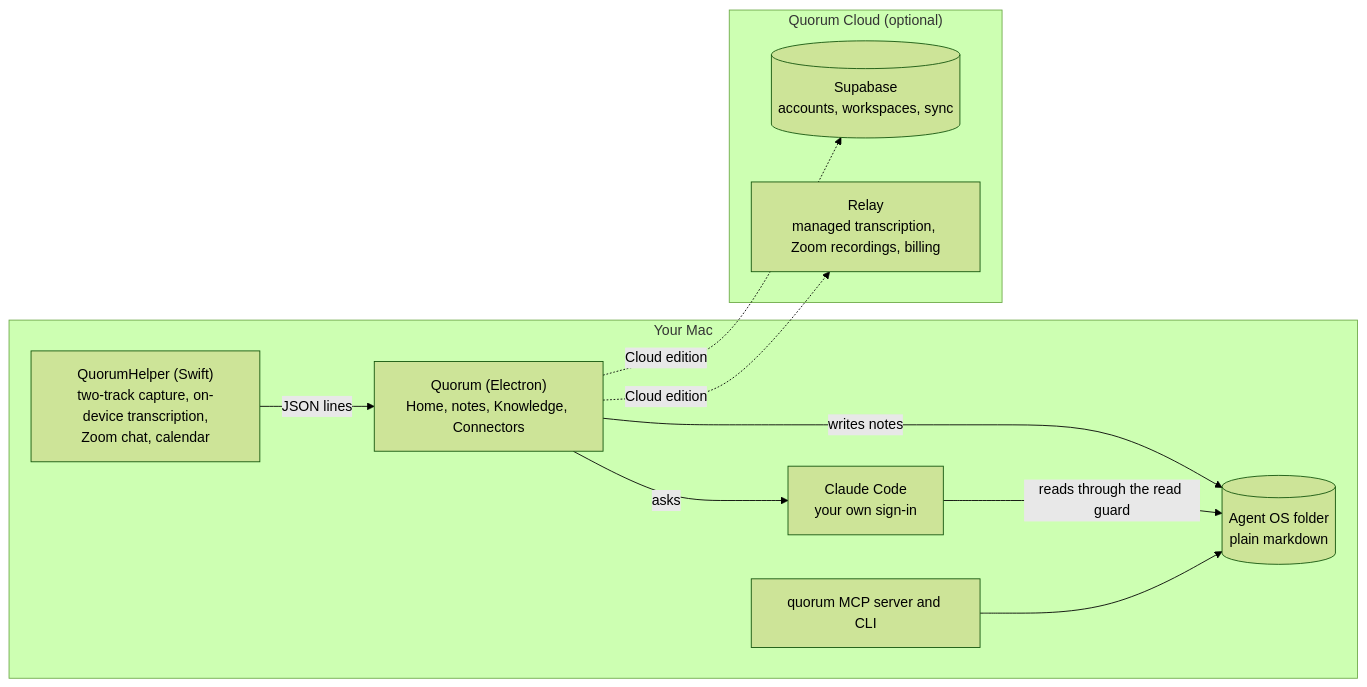
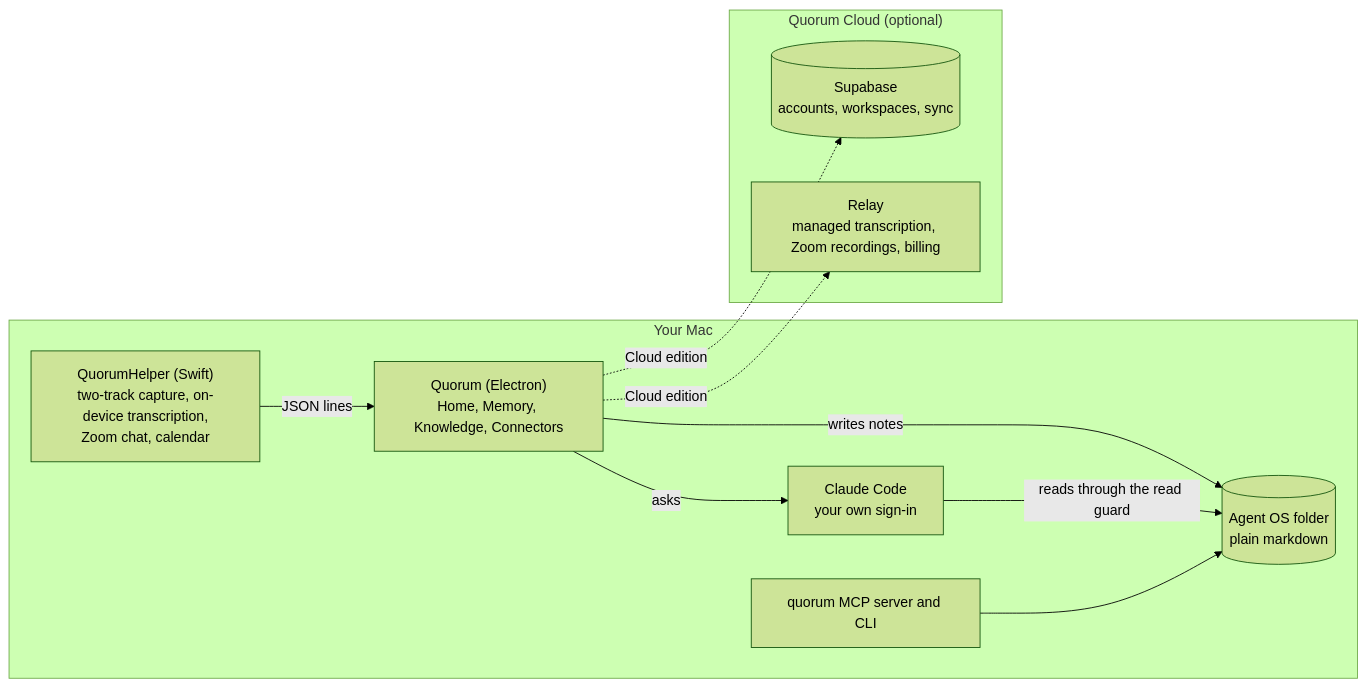
Before and after one commit to smejkaldesign/quorum: the diagram in README.md, drawn with Mermaid (forest theme). The commit also changed other lines of this file and 17 other files, not shown here.

First line of the commit message:
app: Knowledge is a Cloud-only third top tab for the workspace's shared notes; the graph view is named Memory

````diff
--- a/README.md
+++ b/README.md
@@ -163,21 +163,21 @@
 ```mermaid
 flowchart LR
   subgraph mac["Your Mac"]
     helper["QuorumHelper (Swift)<br/>two-track capture, on-device transcription,<br/>Zoom chat, calendar"]
-    app["Quorum (Electron)<br/>Home, notes, Knowledge, Connectors"]
+    app["Quorum (Electron)<br/>Home, Memory, Knowledge, Connectors"]
     folder[("Agent OS folder<br/>plain markdown")]
     cc["Claude Code<br/>your own sign-in"]
     mcp["quorum MCP server and CLI"]
     helper -- "JSON lines" --> app
     app -- "writes notes" --> folder
     app -- "asks" --> cc
     cc -- "reads through the read guard" --> folder
     mcp --> folder
   end
   subgraph cloud["Quorum Cloud (optional)"]
     db[("Supabase<br/>accounts, workspaces, sync")]
     relay["Relay<br/>managed transcription, Zoom recordings, billing"]
   end
   app -. "Cloud edition" .-> db
   app -. "Cloud edition" .-> relay
 ```
````
